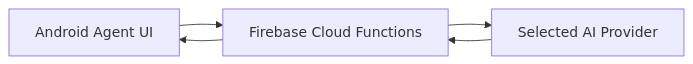
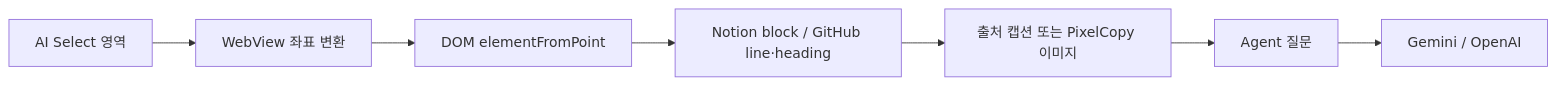
Before and after one commit to b6star/RAGent: the first of 2 diagrams in README.md, drawn with Mermaid. The commit also changed other lines of this file and 1 other file, not shown here.

````diff
--- a/README.md
+++ b/README.md
@@ -27,7 +48,9 @@
 ```mermaid
 flowchart LR
-    A["Android Agent UI"] --> B["Firebase Cloud Functions"]
-    B --> C["Selected AI Provider"]
-    C --> B
-    B --> A
+    A["AI Select 영역"] --> B["WebView 좌표 변환"]
+    B --> C["DOM elementFromPoint"]
+    C --> D["Notion block / GitHub line·heading"]
+    D --> E["출처 캡션 또는 PixelCopy 이미지"]
+    E --> F["Agent 질문"]
+    F --> G["Gemini / OpenAI"]
 ```
````
